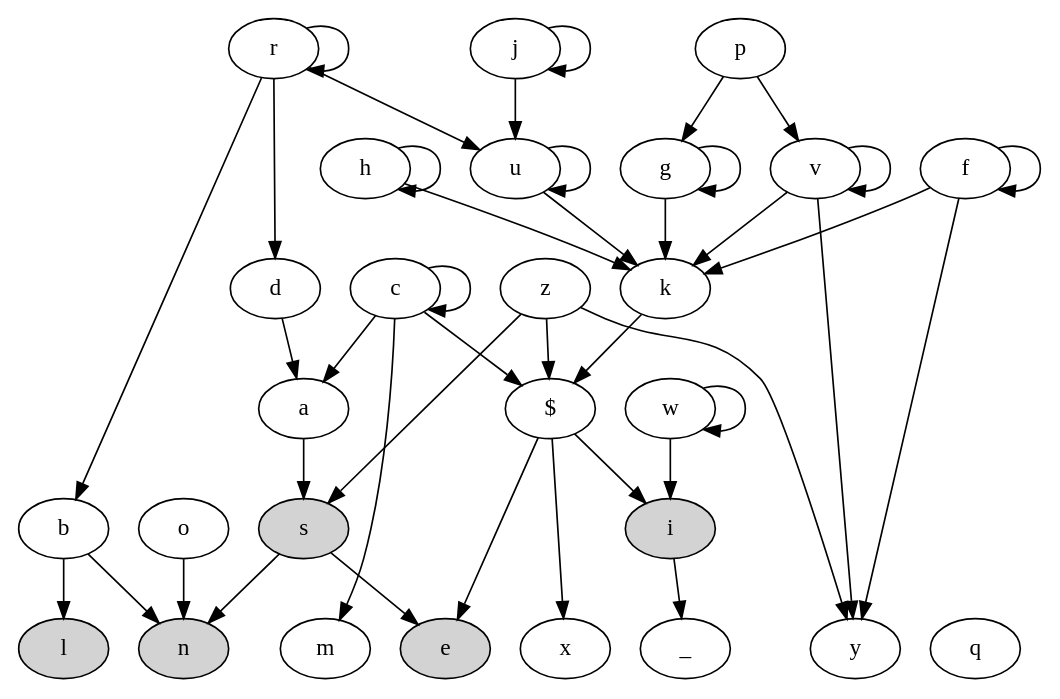
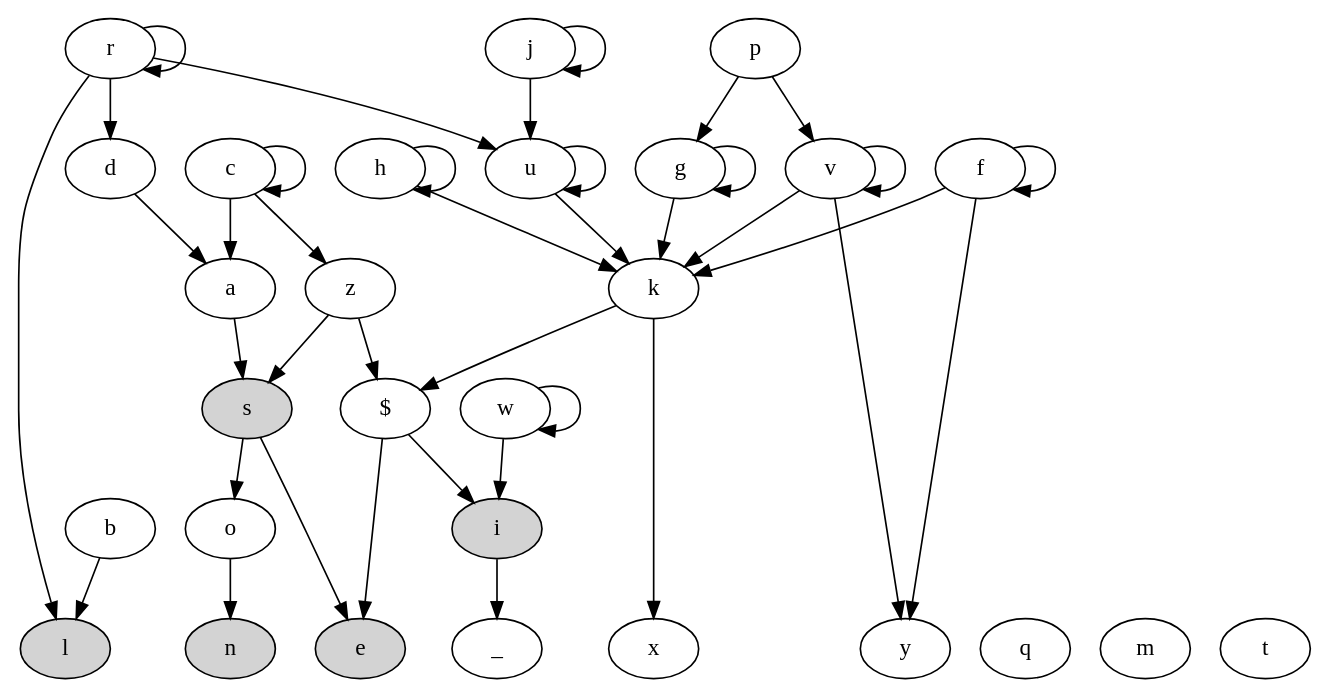
Before and after one commit to dovca/fp-js: the diagram in dependencies.dot, drawn with Graphviz. The commit also changed 6 other files, not shown here.

```diff
--- a/dependencies.dot
+++ b/dependencies.dot
@@ -1,51 +1,49 @@
 digraph dependencies {
 
-    { rank = same; n; e; x; "_"; q; y; l; m; }
+    { rank = sink; n; e; x; "_"; q; y; l; m; t; }
 
     n [style=filled];
     i [style=filled];
     s [style=filled];
     e [style=filled];
     l [style=filled];
 
     "_";
     q;
     y;
     e;
     x;
     n;
     m;
     l;
+    t;
     i -> "_";
     "$" -> i;
     "$" -> e;
-    "$" -> x;
     w -> w -> i;
     o -> n;
-    s -> n;
     s -> e;
+    s -> o;
     z -> "$";
     z -> s;
-    z -> y;
     a -> s;
     d -> a;
-    c -> c -> "$";
-    c -> m;
-    c -> a;
-    b -> n;
+    c -> c -> a;
+    c -> z;
     b -> l;
     k -> "$";
+    k -> x;
     g -> g -> k;
     v -> v -> k;
     v -> y;
     f -> f -> k;
     f -> y;
     u -> u -> k;
     j -> j -> u;
     r -> r -> u;
     r -> d;
-    r -> b;
+    r -> l;
     h -> h -> k;
     p -> g;
     p -> v;
 }
```
